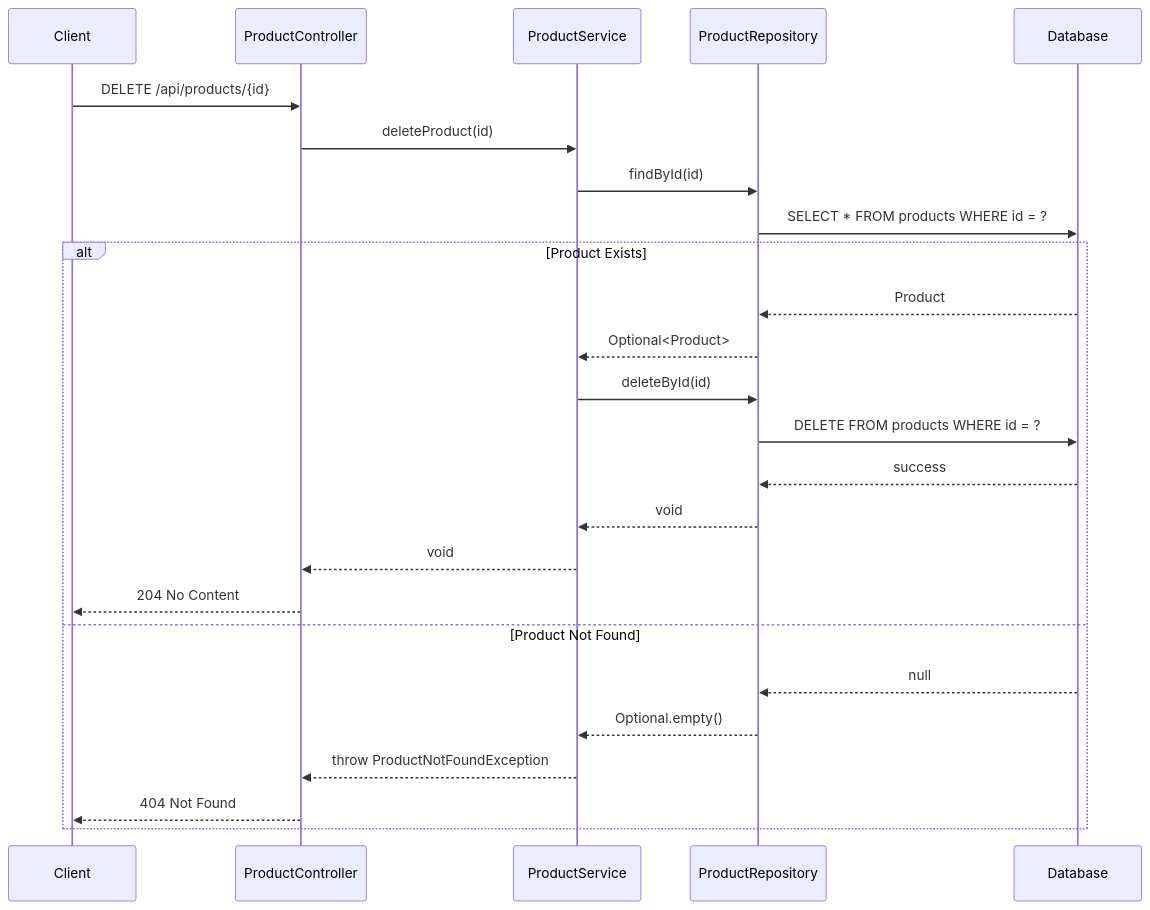
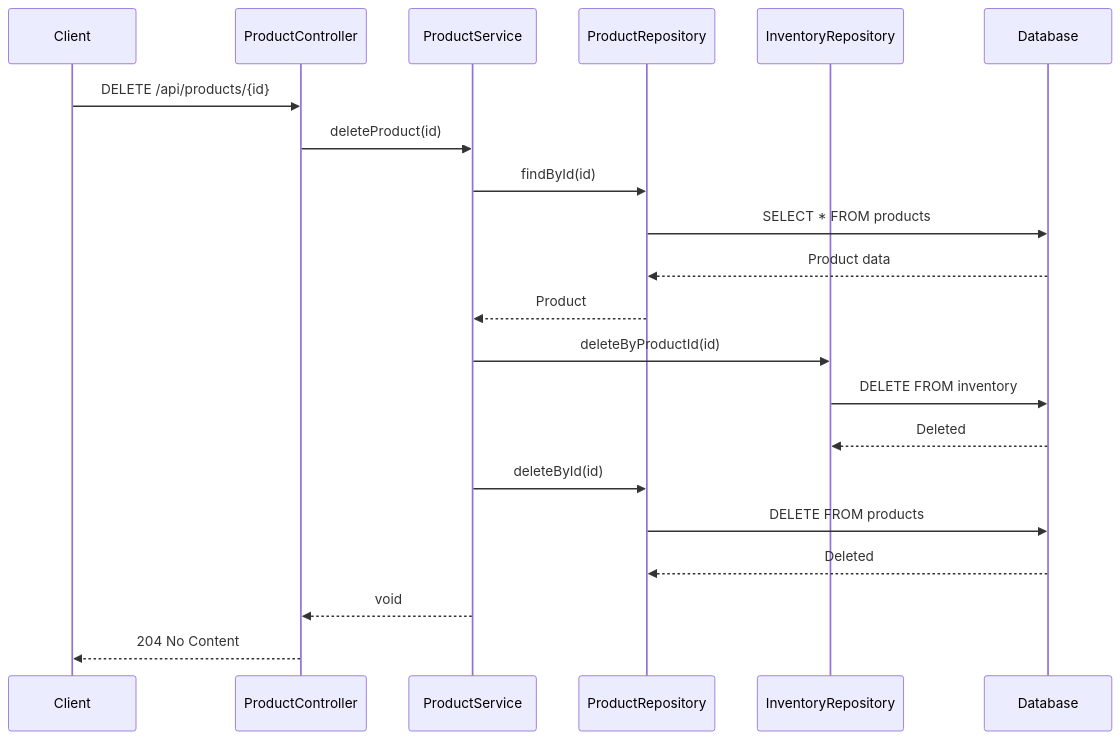
One commit to NavneetBN47/aava-ecom-demo changed the sixth of 13 diagrams in docs/LLD/modified_lld.md. Above: the diagram before and after it, drawn with Mermaid. The commit also changed other lines of this file, not shown here.

````diff
--- a/docs/LLD/modified_lld.md
+++ b/docs/LLD/modified_lld.md
@@ -316,29 +380,27 @@
 ```mermaid
 sequenceDiagram
     participant Client
     participant ProductController
     participant ProductService
     participant ProductRepository
+    participant InventoryRepository
     participant Database
 
     Client->>ProductController: DELETE /api/products/{id}
     ProductController->>ProductService: deleteProduct(id)
     ProductService->>ProductRepository: findById(id)
-    ProductRepository->>Database: SELECT * FROM products WHERE id = ?
+    ProductRepository->>Database: SELECT * FROM products
+    Database-->>ProductRepository: Product data
+    ProductRepository-->>ProductService: Product
     
-    alt Product Exists
-        Database-->>ProductRepository: Product
-        ProductRepository-->>ProductService: Optional<Product>
-        ProductService->>ProductRepository: deleteById(id)
-        ProductRepository->>Database: DELETE FROM products WHERE id = ?
-        Database-->>ProductRepository: success
-        ProductRepository-->>ProductService: void
-        ProductService-->>ProductController: void
-        ProductController-->>Client: 204 No Content
-    else Product Not Found
-        Database-->>ProductRepository: null
-        ProductRepository-->>ProductService: Optional.empty()
-        ProductService-->>ProductController: throw ProductNotFoundException
-        ProductController-->>Client: 404 Not Found
-    end
+    ProductService->>InventoryRepository: deleteByProductId(id)
+    InventoryRepository->>Database: DELETE FROM inventory
+    Database-->>InventoryRepository: Deleted
+    
+    ProductService->>ProductRepository: deleteById(id)
+    ProductRepository->>Database: DELETE FROM products
+    Database-->>ProductRepository: Deleted
+    
+    ProductService-->>ProductController: void
+    ProductController-->>Client: 204 No Content
 ```
````
